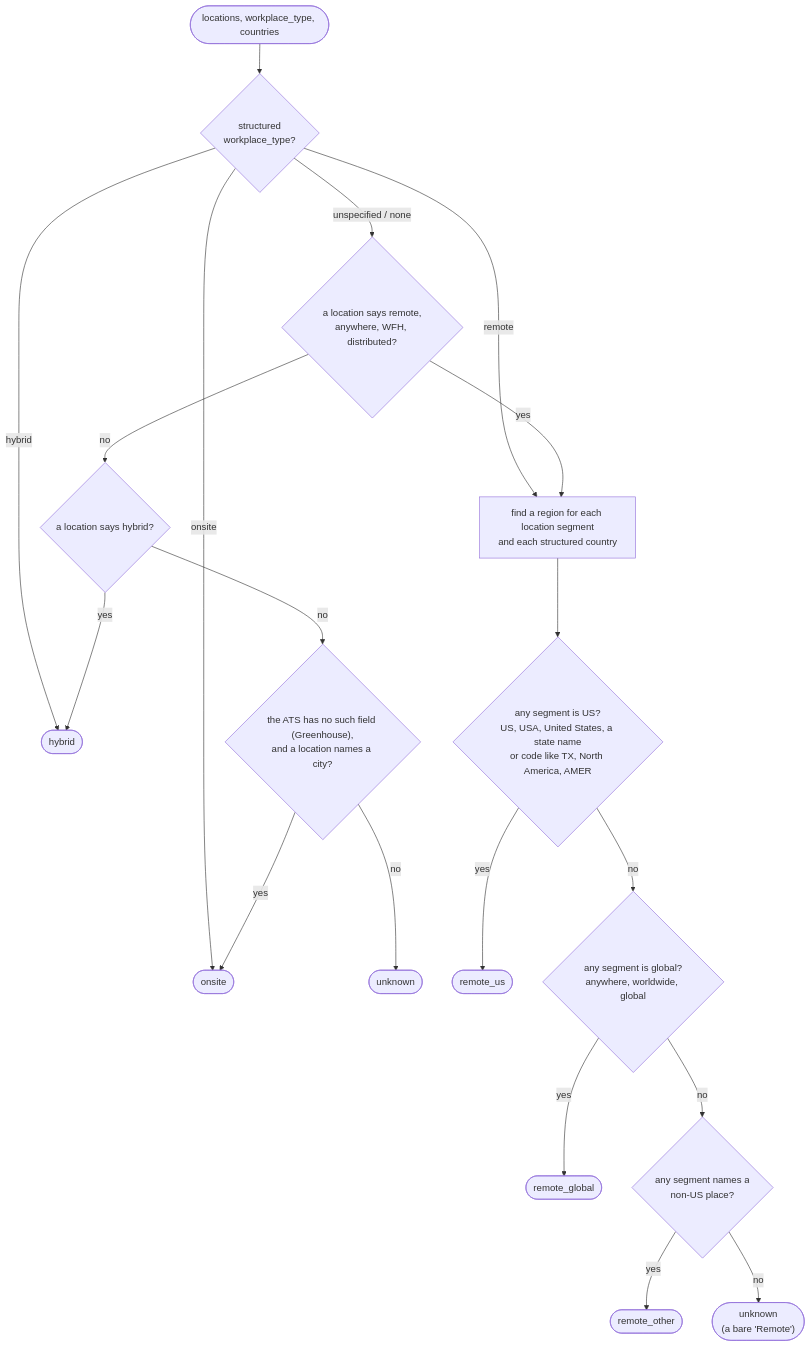
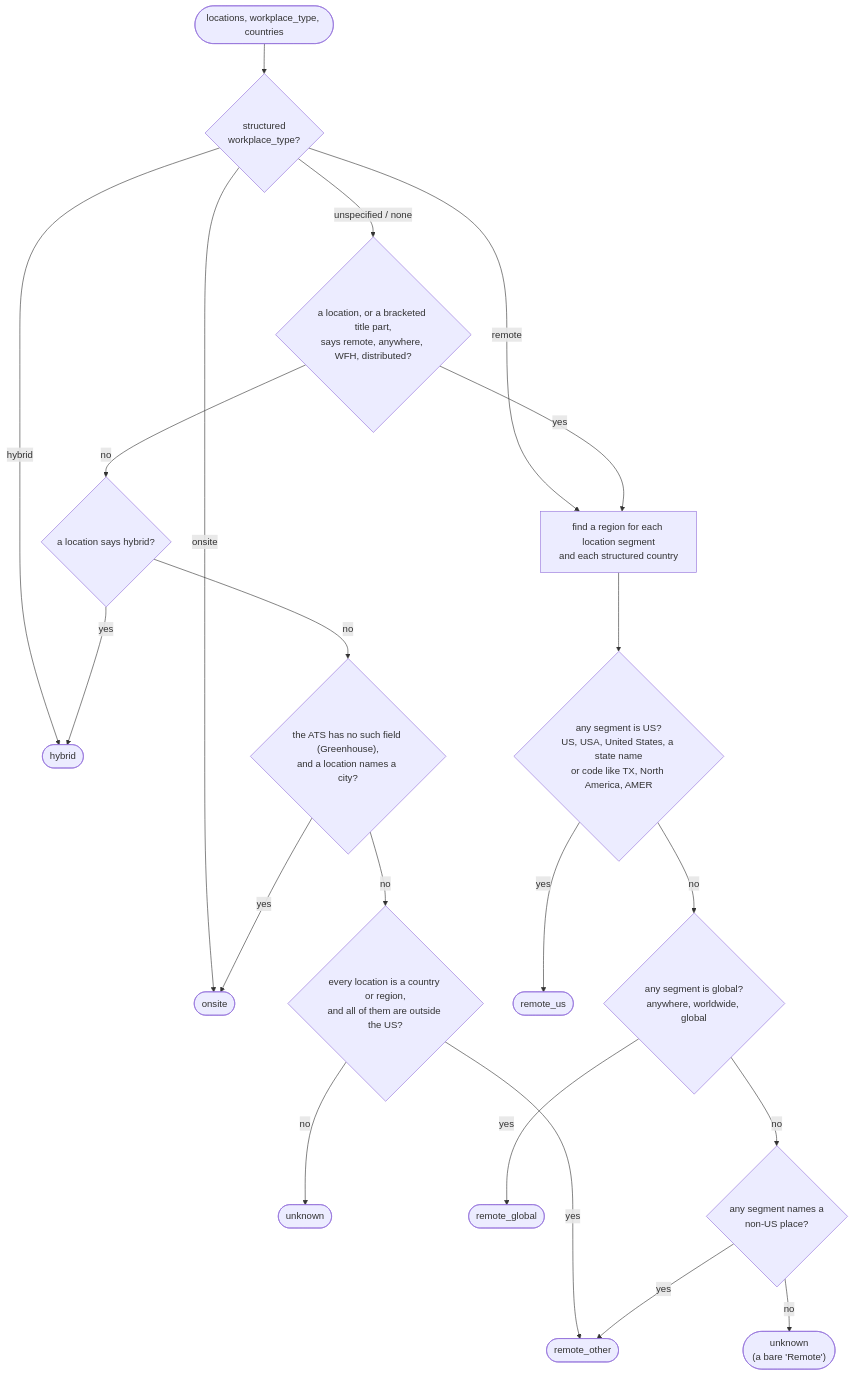
Before and after one commit to HakujouRyu/jobboard-mcp: the first of 3 diagrams in docs/normalization.md, drawn with Mermaid. The commit also changed other lines of this file and 7 other files, not shown here.

First line of the commit message:
Label non-US region-only locations remote_other

````diff
--- a/docs/normalization.md
+++ b/docs/normalization.md
@@ -34,22 +34,24 @@
 ```mermaid
 flowchart TD
     start(["locations, workplace_type, countries"]) --> wt{"structured<br/>workplace_type?"}
     wt -- hybrid --> H(["hybrid"])
     wt -- onsite --> O(["onsite"])
     wt -- remote --> region
-    wt -- "unspecified / none" --> word{"a location says remote,<br/>anywhere, WFH, distributed?"}
+    wt -- "unspecified / none" --> word{"a location, or a bracketed title part,<br/>says remote, anywhere, WFH, distributed?"}
     word -- yes --> region
     word -- no --> hyb{"a location says hybrid?"}
     hyb -- yes --> H
     hyb -- no --> city{"the ATS has no such field (Greenhouse),<br/>and a location names a city?"}
     city -- yes --> O
-    city -- no --> U(["unknown"])
+    city -- no --> nonus{"every location is a country or region,<br/>and all of them are outside the US?"}
+    nonus -- yes --> RO
+    nonus -- no --> U(["unknown"])
 
     region["find a region for each location segment<br/>and each structured country"] --> us{"any segment is US?<br/>US, USA, United States, a state name<br/>or code like TX, North America, AMER"}
     us -- yes --> RUS(["remote_us"])
     us -- no --> glob{"any segment is global?<br/>anywhere, worldwide, global"}
     glob -- yes --> RG(["remote_global"])
     glob -- no --> other{"any segment names a<br/>non-US place?"}
     other -- yes --> RO(["remote_other"])
     other -- no --> U2(["unknown<br/>(a bare 'Remote')"])
 ```
````
